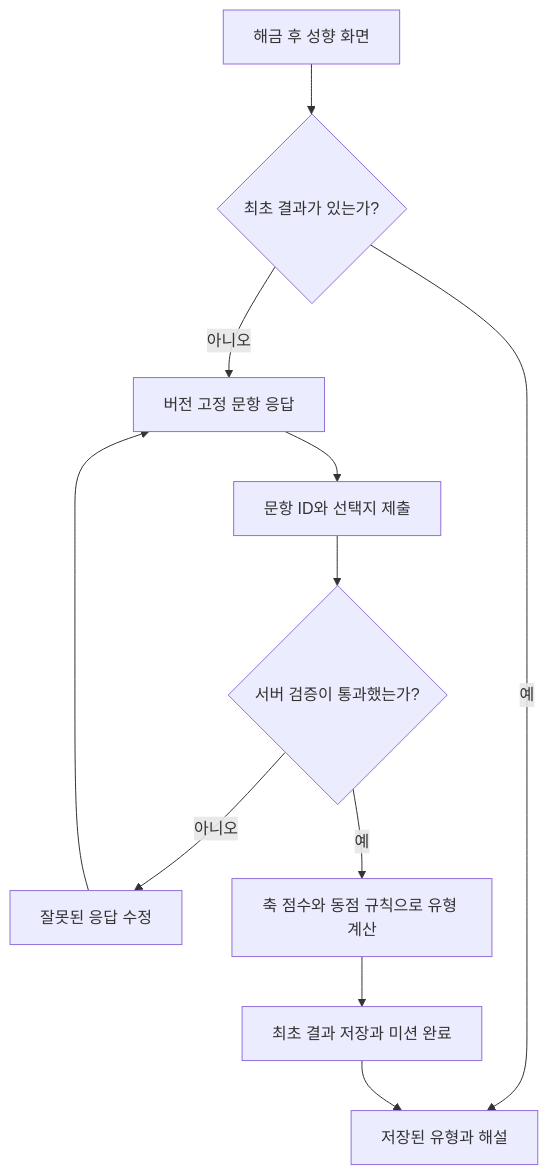
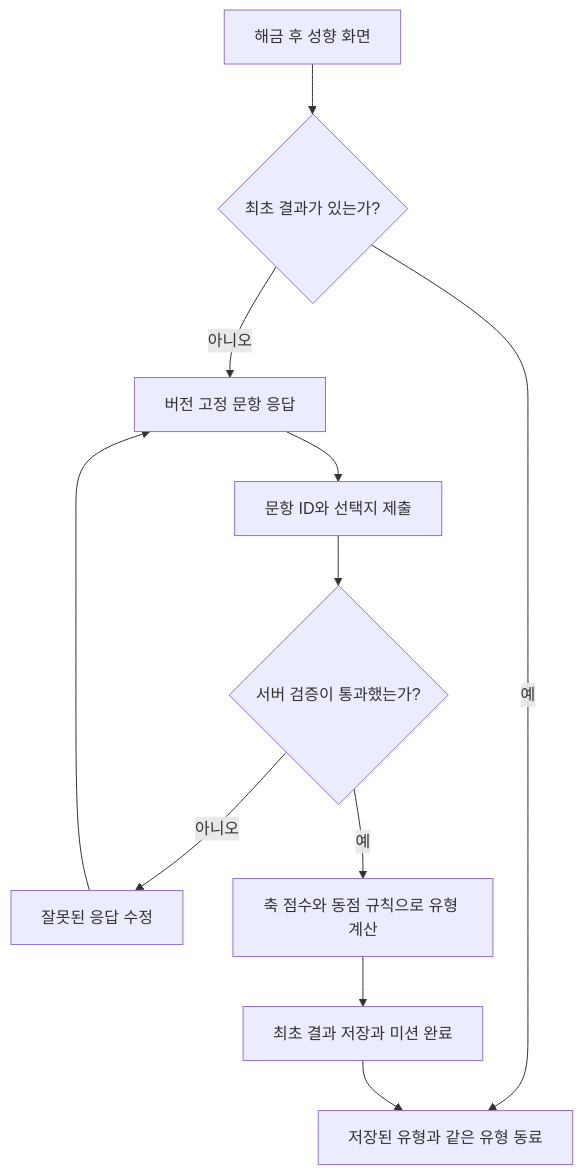
One commit to anonymity-developer/connection_16 changed the sixth of 10 diagrams in docs/user-flows.md. Above: the diagram before and after it, drawn with Mermaid. The commit also changed other lines of this file and 20 other files, not shown here.

````diff
--- a/docs/user-flows.md
+++ b/docs/user-flows.md
@@ -153,13 +153,13 @@
 ```mermaid
 flowchart TD
     Start["해금 후 성향 화면"] --> Existing{"최초 결과가 있는가?"}
-    Existing -->|예| Result["저장된 유형과 해설"]
+    Existing -->|예| Result["저장된 유형과 같은 유형 동료"]
     Existing -->|아니오| Questions["버전 고정 문항 응답"]
     Questions --> Submit["문항 ID와 선택지 제출"]
     Submit --> Validate{"서버 검증이 통과했는가?"}
     Validate -->|아니오| Correct["잘못된 응답 수정"]
     Correct --> Questions
     Validate -->|예| Score["축 점수와 동점 규칙으로 유형 계산"]
     Score --> Save["최초 결과 저장과 미션 완료"]
     Save --> Result
 ```
````
